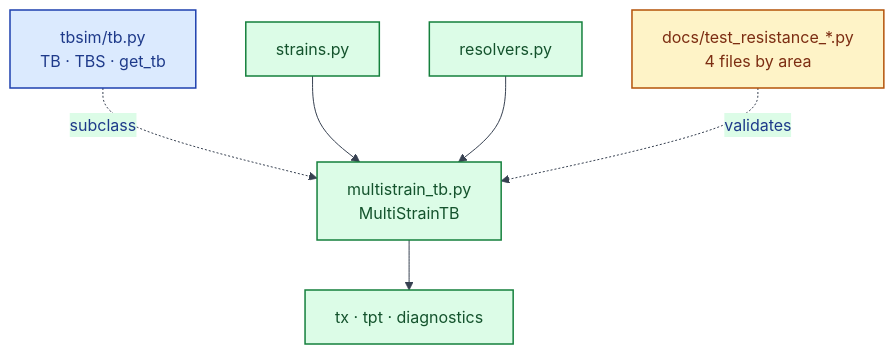
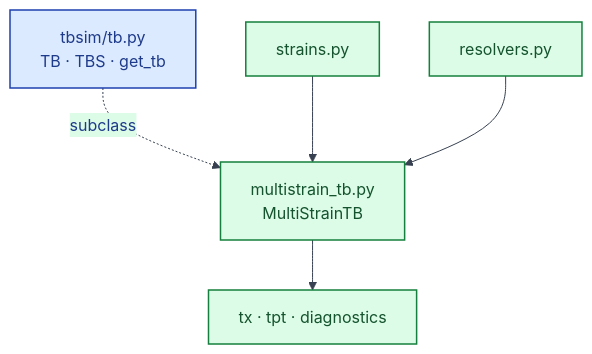
Before and after one commit to starsimhub/tbsim: the sixth of 6 diagrams in tbsim/resistance/docs/resistance_architecture.md, drawn with Mermaid. The commit also changed other lines of this file and 8 other files, not shown here.

````diff
--- a/tbsim/resistance/docs/resistance_architecture.md
+++ b/tbsim/resistance/docs/resistance_architecture.md
@@ -868,38 +782,35 @@
 ```mermaid
 %%{init: {
   'theme': 'base',
   'themeVariables': {
     'darkMode': false,
     'background': '#ffffff',
     'primaryColor': '#dbeafe',
     'primaryBorderColor': '#1e40af',
     'primaryTextColor': '#1e3a8a',
     'secondaryColor': '#dcfce7',
     'secondaryBorderColor': '#15803d',
     'secondaryTextColor': '#14532d',
     'tertiaryColor': '#fef3c7',
     'tertiaryBorderColor': '#b45309',
     'tertiaryTextColor': '#7c2d12',
     'lineColor': '#374151',
     'textColor': '#1f2937',
     'mainBkg': '#f3f4f6'
   }
 }}%%
 flowchart TB
     classDef core fill:#dbeafe,stroke:#1e40af,stroke-width:1.5px,color:#1e3a8a
     classDef pkg fill:#dcfce7,stroke:#15803d,stroke-width:1.5px,color:#14532d
-    classDef test fill:#fef3c7,stroke:#b45309,stroke-width:1.5px,color:#7c2d12
 
     tbpy["tbsim/tb.py<br/>TB · TBS · get_tb"]:::core
     mst["multistrain_tb.py<br/>MultiStrainTB"]:::pkg
     strains["strains.py"]:::pkg
     resolvers["resolvers.py"]:::pkg
     interv["tx · tpt · diagnostics"]:::pkg
-    tests["docs/test_resistance_*.py<br/>4 files by area"]:::test
 
     tbpy -. subclass .-> mst
     strains --> mst
     resolvers --> mst
     mst --> interv
-    tests -. validates .-> mst
 ```
````
